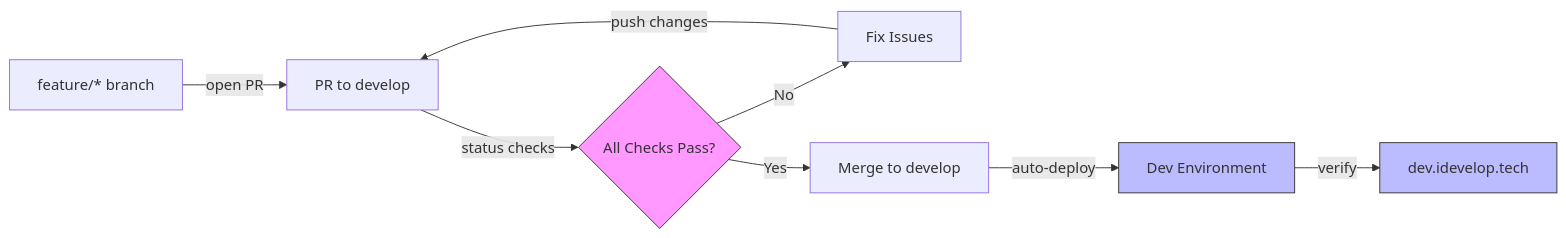
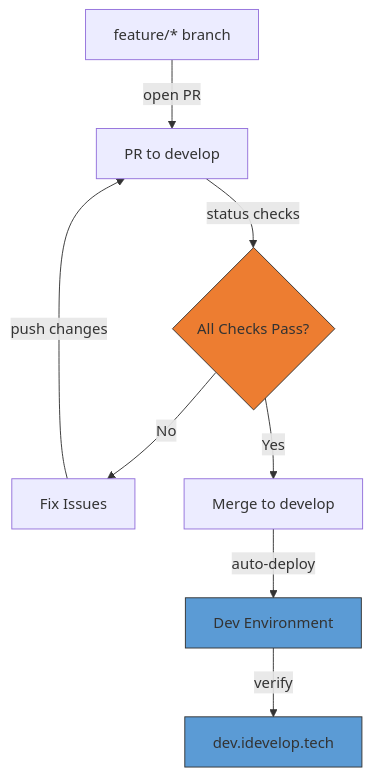
One commit to mattlucian/idevelop.tech changed the second of 4 diagrams in README.md. Above: the diagram before and after it, drawn with Mermaid. The commit also changed other lines of this file, not shown here.

First line of the commit message:
refactor: Make CI/CD diagrams vertical with better colors

````diff
--- a/README.md
+++ b/README.md
@@ -113,14 +113,14 @@
 ```mermaid
-graph LR
+graph TB
     A[feature/* branch] -->|open PR| B[PR to develop]
     B -->|status checks| C{All Checks Pass?}
     C -->|No| D[Fix Issues]
     D -->|push changes| B
     C -->|Yes| E[Merge to develop]
     E -->|auto-deploy| F[Dev Environment]
     F -->|verify| G[dev.idevelop.tech]
 
-    style C fill:#f9f,stroke:#333
-    style F fill:#bbf,stroke:#333
-    style G fill:#bbf,stroke:#333
+    style C fill:#ed7d31,stroke:#333
+    style F fill:#5b9bd5,stroke:#333
+    style G fill:#5b9bd5,stroke:#333
 ```
````
